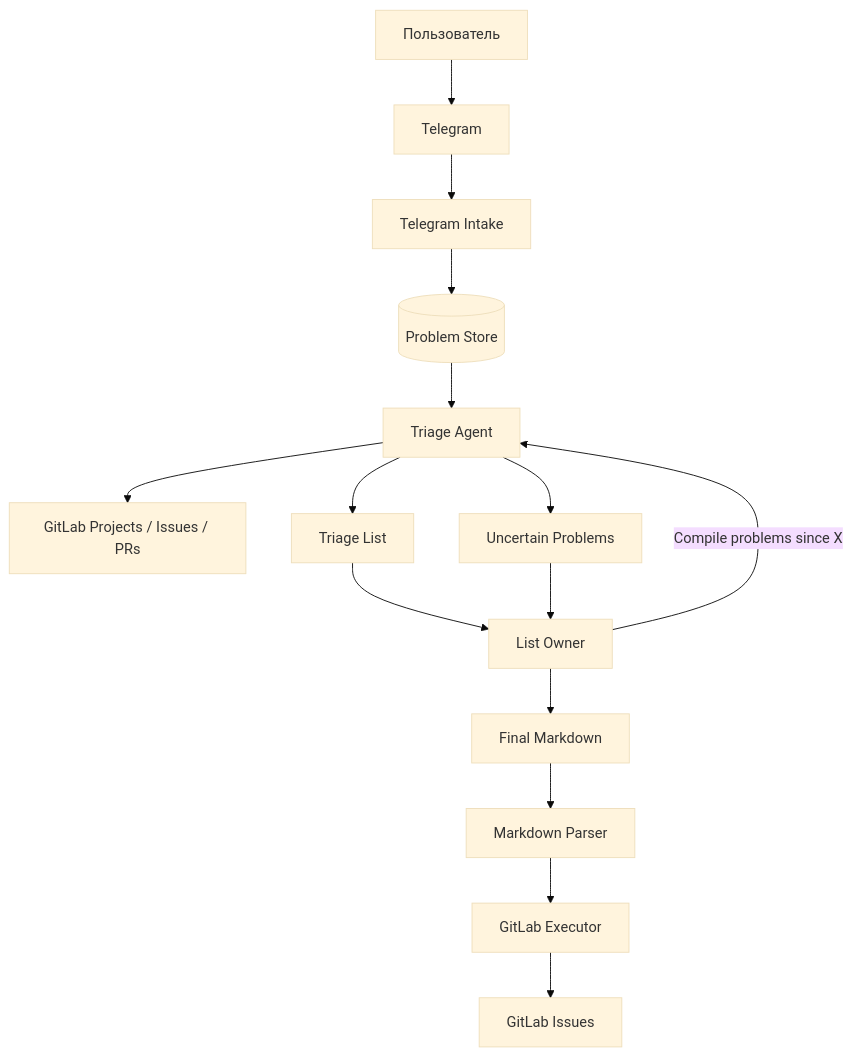
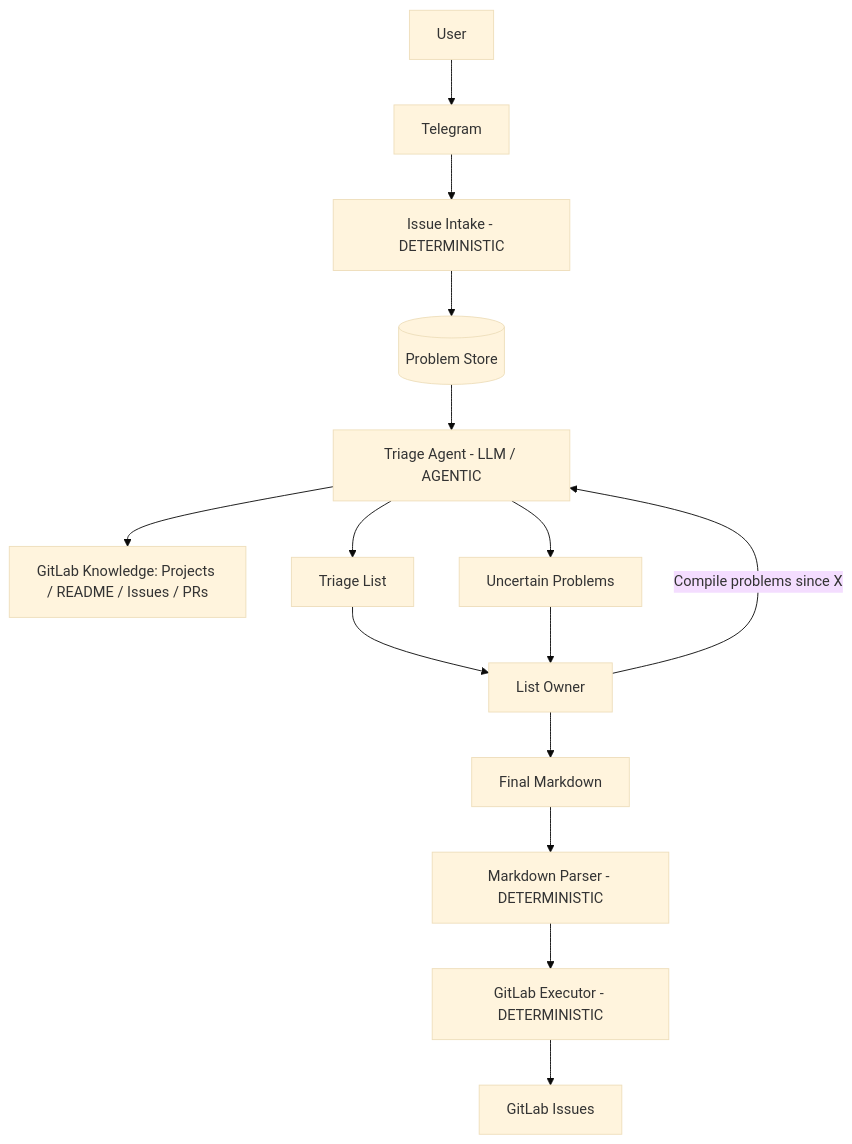
One commit to aryabchi/tg-triage-gitlab changed the diagram in docs/problem_statement.md. Above: the diagram before and after it, drawn with Mermaid (base theme).

Commit message:
Fixed mermaid rendering issue

````diff
--- a/docs/problem_statement.md
+++ b/docs/problem_statement.md
@@ -75,23 +75,24 @@
 ```mermaid
+
 flowchart TD
-    U[Пользователь] --> TG[Telegram]
-    TG --> IN[Telegram Intake]
-    IN --> PS[(Problem Store)]
+    U["User"] --> TG["Telegram"]
+    TG --> IN["Issue Intake - DETERMINISTIC"]
+    IN --> PS[("Problem Store")]
 
-    O[List Owner] -->|Compile problems since X| TA[Triage Agent]
+    O["List Owner"] -->|Compile problems since X| TA["Triage Agent - LLM / AGENTIC"]
 
     PS --> TA
-    TA --> GL[GitLab Projects / Issues / PRs]
+    TA --> GL["GitLab Knowledge: Projects / README / Issues / PRs"]
 
-    TA --> TL[Triage List]
+    TA --> TL["Triage List"]
     TL --> O
 
-    TA --> UR[Uncertain Problems]
+    TA --> UR["Uncertain Problems"]
     UR --> O
 
-    O --> MD[Final Markdown]
-    MD --> MP[Markdown Parser]
+    O --> MD["Final Markdown"]
+    MD --> MP["Markdown Parser - DETERMINISTIC"]
 
-    MP --> GE[GitLab Executor]
-    GE --> GI[GitLab Issues]
+    MP --> GE["GitLab Executor - DETERMINISTIC"]
+    GE --> GI["GitLab Issues"]
 ```
````
